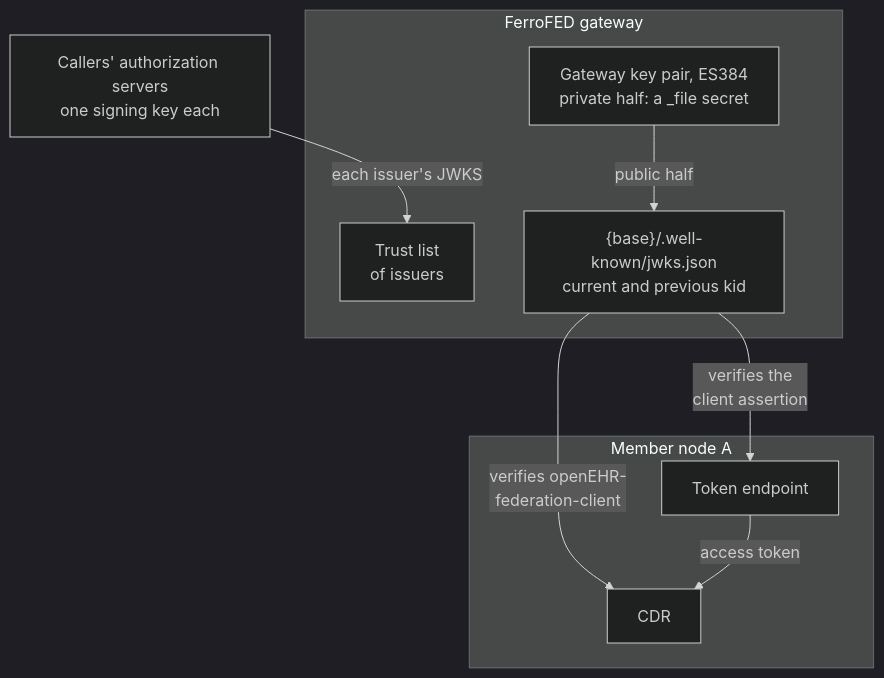
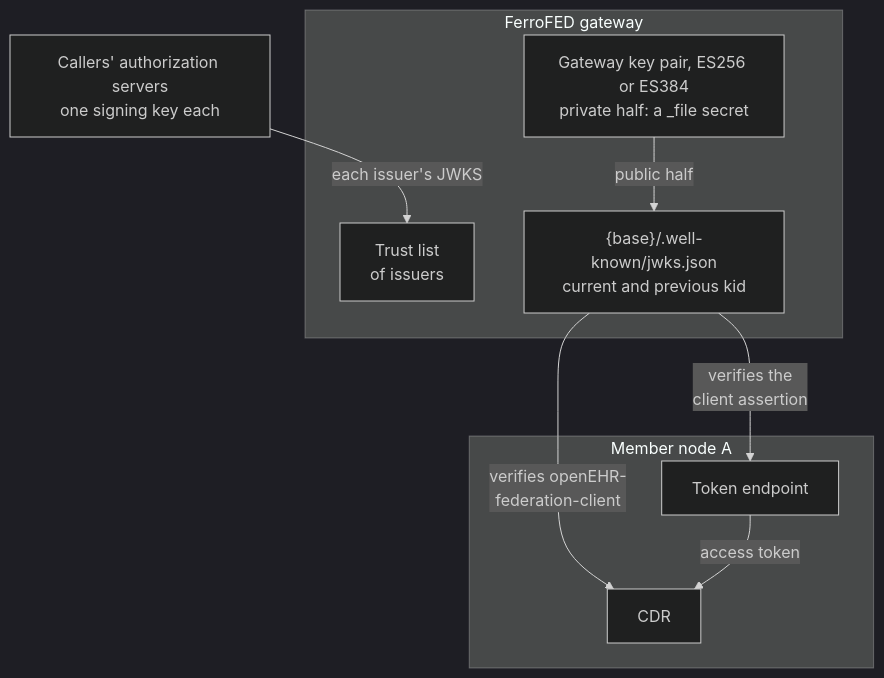
One commit to FerroHEALTH/FerroFED changed the second of 3 diagrams in website/book/src/how-it-works/trust-and-keys.md. Above: the diagram before and after it, drawn with Mermaid (dark theme). The commit also changed other lines of this file and 20 other files, not shown here.

````diff
--- a/website/book/src/how-it-works/trust-and-keys.md
+++ b/website/book/src/how-it-works/trust-and-keys.md
@@ -44,18 +44,18 @@
 ```mermaid
 flowchart TB
     as["Callers' authorization servers<br/>one signing key each"]
     subgraph gwbox["FerroFED gateway"]
         trust["Trust list<br/>of issuers"]
-        key["Gateway key pair, ES384<br/>private half: a _file secret"]
+        key["Gateway key pair, ES256 or ES384<br/>private half: a _file secret"]
         jwks["{base}/.well-known/jwks.json<br/>current and previous kid"]
     end
     subgraph nodebox["Member node A"]
         tok["Token endpoint"]
         cdr["CDR"]
     end
     as -->|"each issuer's JWKS"| trust
     key -->|"public half"| jwks
     jwks -->|"verifies the<br/>client assertion"| tok
     jwks -->|"verifies openEHR-<br/>federation-client"| cdr
     tok -->|"access token"| cdr
 ```
````
